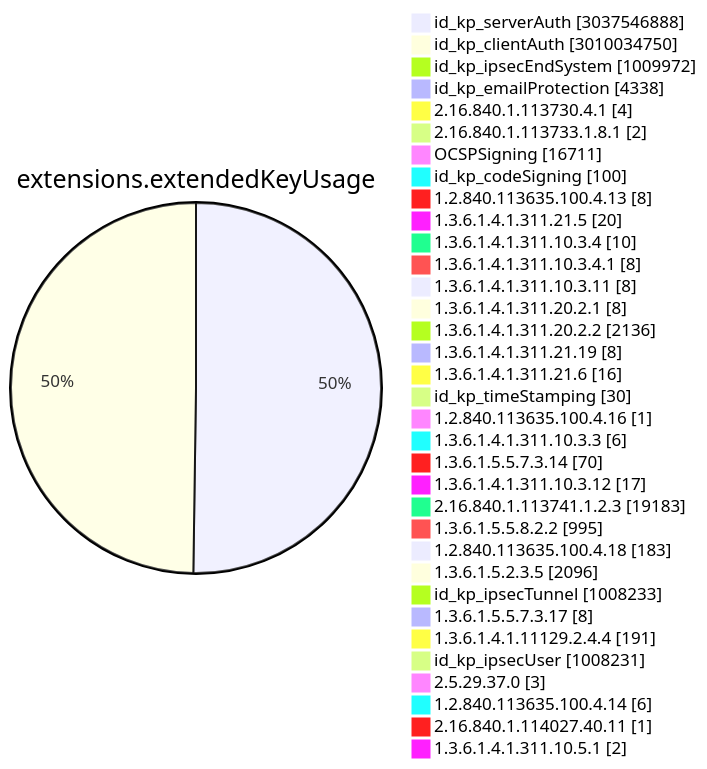
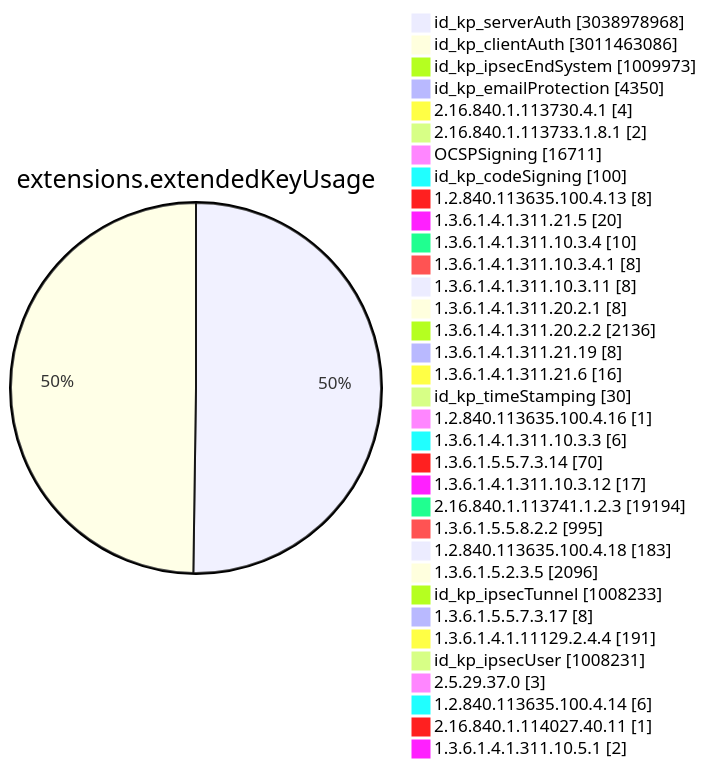
Diagram 11 of 15 in TOTAL/README.md (christiankrug/ctmonitor_visualization), drawn with Mermaid before and after one commit. The commit also changed other lines of this file, not shown here.

````diff
--- a/TOTAL/README.md
+++ b/TOTAL/README.md
@@ -4111,38 +4111,38 @@
 ```mermaid
 pie showData
 title extensions.extendedKeyUsage
-"id_kp_serverAuth" :3037546888
-"id_kp_clientAuth" :3010034750
-"id_kp_ipsecEndSystem" :1009972
-"id_kp_emailProtection" :4338
+"id_kp_serverAuth" :3038978968
+"id_kp_clientAuth" :3011463086
+"id_kp_ipsecEndSystem" :1009973
+"id_kp_emailProtection" :4350
 "2.16.840.1.113730.4.1" :4
 "2.16.840.1.113733.1.8.1" :2
 "OCSPSigning" :16711
 "id_kp_codeSigning" :100
 "1.2.840.113635.100.4.13" :8
 "1.3.6.1.4.1.311.21.5" :20
 "1.3.6.1.4.1.311.10.3.4" :10
 "1.3.6.1.4.1.311.10.3.4.1" :8
 "1.3.6.1.4.1.311.10.3.11" :8
 "1.3.6.1.4.1.311.20.2.1" :8
 "1.3.6.1.4.1.311.20.2.2" :2136
 "1.3.6.1.4.1.311.21.19" :8
 "1.3.6.1.4.1.311.21.6" :16
 "id_kp_timeStamping" :30
 "1.2.840.113635.100.4.16" :1
 "1.3.6.1.4.1.311.10.3.3" :6
 "1.3.6.1.5.5.7.3.14" :70
 "1.3.6.1.4.1.311.10.3.12" :17
-"2.16.840.1.113741.1.2.3" :19183
+"2.16.840.1.113741.1.2.3" :19194
 "1.3.6.1.5.5.8.2.2" :995
 "1.2.840.113635.100.4.18" :183
 "1.3.6.1.5.2.3.5" :2096
 "id_kp_ipsecTunnel" :1008233
 "1.3.6.1.5.5.7.3.17" :8
 "1.3.6.1.4.1.11129.2.4.4" :191
 "id_kp_ipsecUser" :1008231
 "2.5.29.37.0" :3
 "1.2.840.113635.100.4.14" :6
 "2.16.840.1.114027.40.11" :1
 "1.3.6.1.4.1.311.10.5.1" :2
 ```
````
